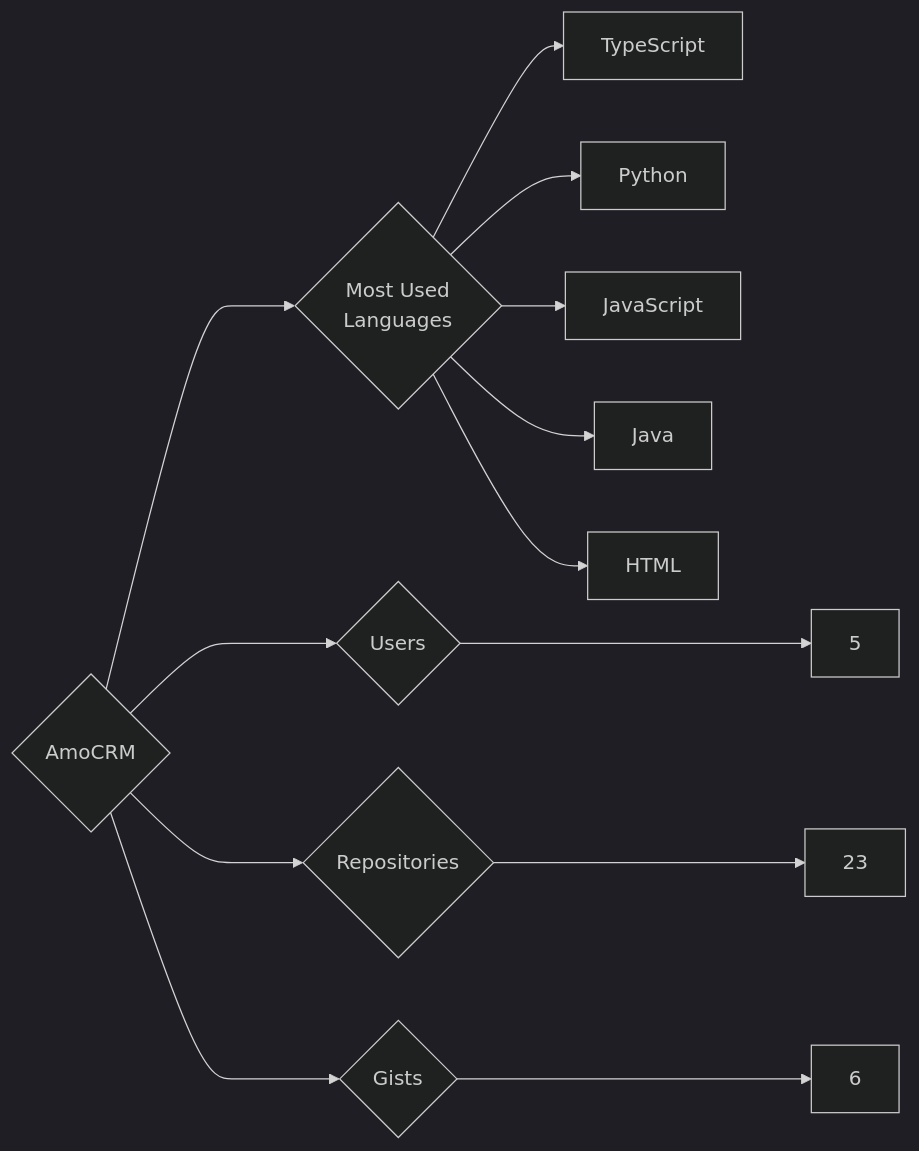
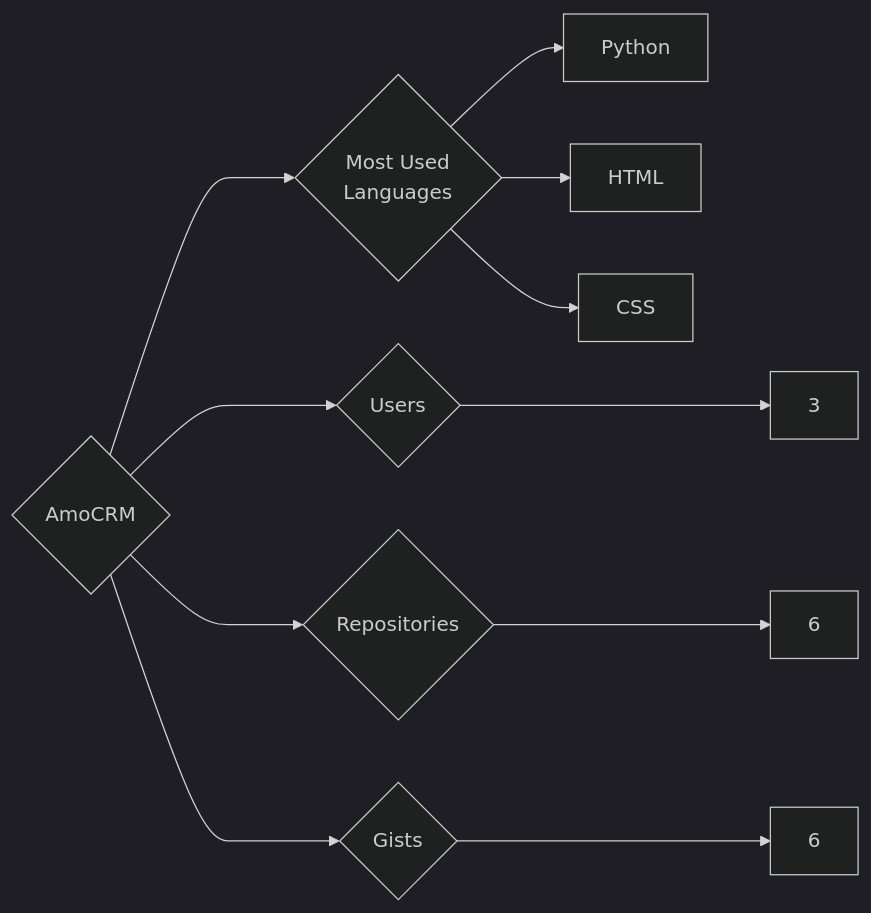
The diagram in targets/AmoCRM/README.md (trickest/insiders), drawn with Mermaid (dark theme) before and after one commit. The commit also changed 1055 other files, not shown here.

````diff
--- a/targets/AmoCRM/README.md
+++ b/targets/AmoCRM/README.md
@@ -3,13 +3,11 @@
 ```mermaid
 graph LR
 COMPANY_NAME{AmoCRM}
-COMPANY_NAME ---> U{Users} ---> UN[5]
-COMPANY_NAME ---> R{Repositories} ---> RN[23]
+COMPANY_NAME ---> U{Users} ---> UN[3]
+COMPANY_NAME ---> R{Repositories} ---> RN[6]
 COMPANY_NAME ---> G{Gists} ---> GN[6]
 COMPANY_NAME ---> ML{Most Used<br>Languages}
-ML --> TypeScript[TypeScript]
 ML --> Python[Python]
-ML --> JavaScript[JavaScript]
-ML --> Java[Java]
 ML --> HTML[HTML]
+ML --> CSS[CSS]
 ```
````
